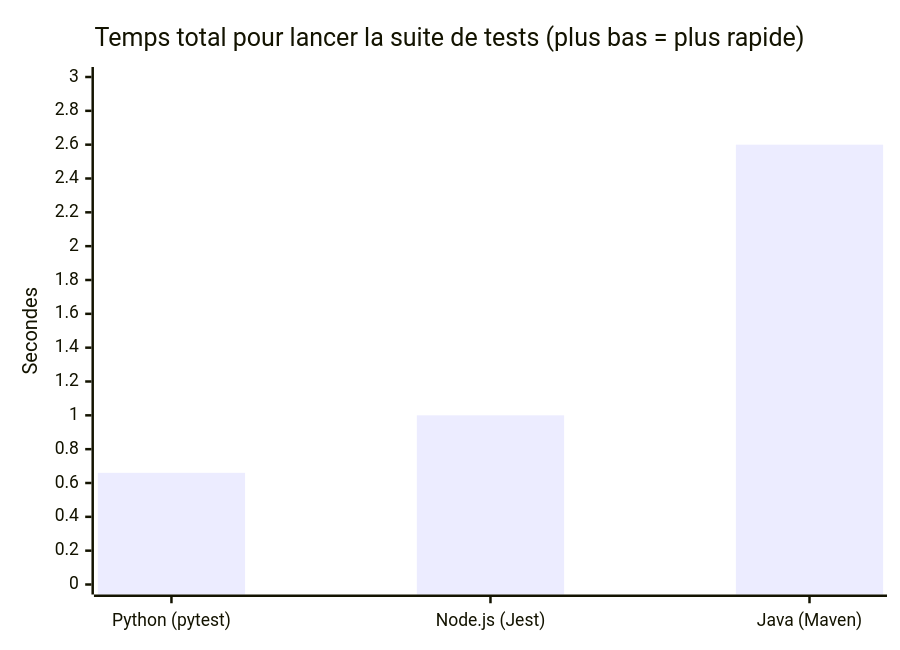
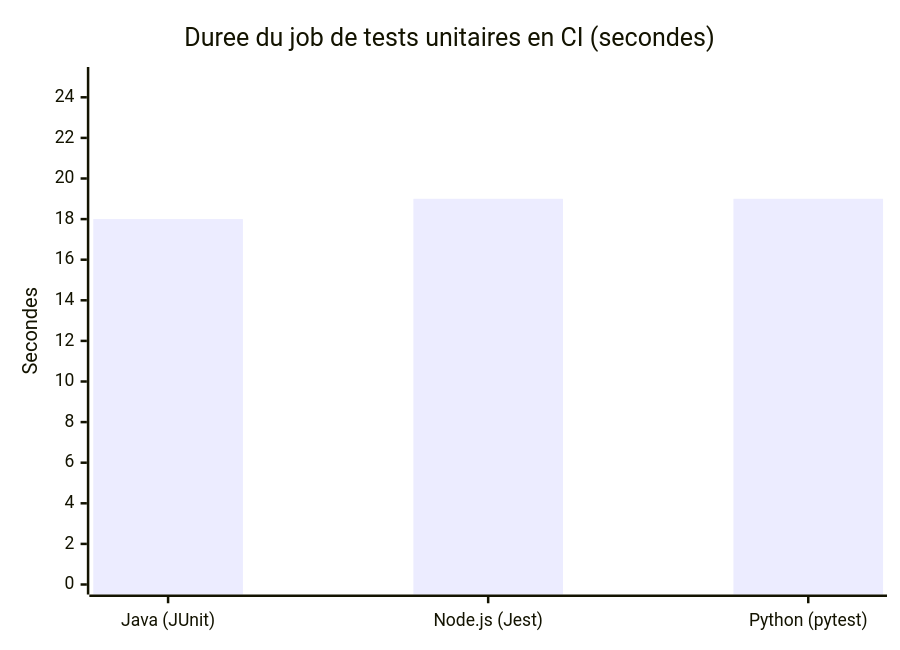
One commit to Buzz30Gotcho/calculatorapi-js changed the fourth of 5 diagrams in README.md. Above: the diagram before and after it, drawn with Mermaid. The commit also changed other lines of this file, not shown here.

````diff
--- a/README.md
+++ b/README.md
@@ -239,7 +242,7 @@
 ```mermaid
 xychart-beta
-    title "Temps total pour lancer la suite de tests (plus bas = plus rapide)"
-    x-axis ["Python (pytest)", "Node.js (Jest)", "Java (Maven)"]
-    y-axis "Secondes" 0 --> 3
-    bar [0.66, 1.0, 2.6]
+    title "Duree du job de tests unitaires en CI (secondes)"
+    x-axis ["Java (JUnit)", "Node.js (Jest)", "Python (pytest)"]
+    y-axis "Secondes" 0 --> 25
+    bar [18, 19, 19]
 ```
````
